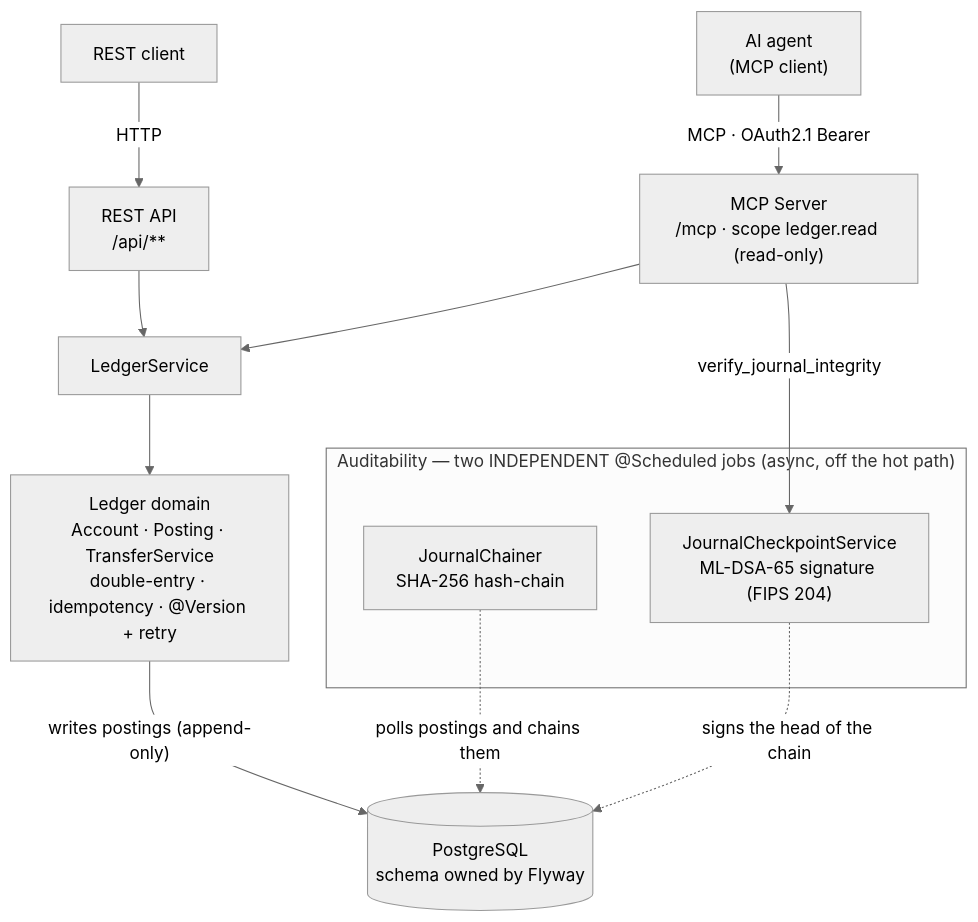
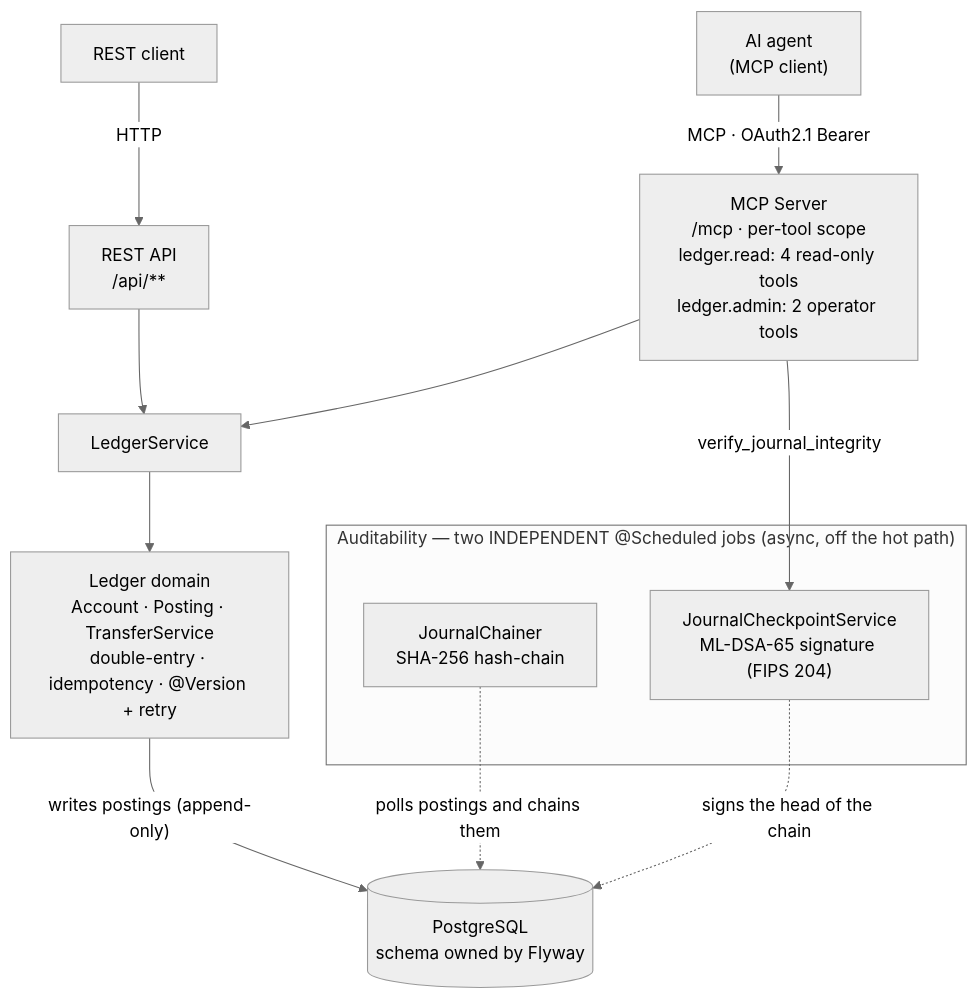
One commit to juanfranpaezz/ledgermind changed the diagram in README.md. Above: the diagram before and after it, drawn with Mermaid (neutral theme). The commit also changed other lines of this file and 2 other files, not shown here.

Commit message:
Post-merge fixes from the fresh-context gate: README /mcp label names both scopes (ledger.read 4 read-only tools, ledger.admin 2 operator tools); empty stored public key now raises IllegalStateException, not NPE; test pinning that an earlier key of the same scheme still verifies; V5 note explains the first sweep (watermark 0, one REPEATABLE READ pass, freezes existing violators)
Gate report: mejora-de-la-AI meta/cache/_verifier-ledgermind-java-public-merge-8d1f8f5-2026-09-24.md (AMEND 84, A1+A2 closed, A3+A4 done). ./mvnw -B -ntp verify on a clean archive + these files: 76 tests, 0 failures.

````diff
--- a/README.md
+++ b/README.md
@@ -60,22 +60,22 @@
 ```mermaid
 flowchart TB
     U["REST client"]
     AG["AI agent<br/>(MCP client)"]
 
     U -->|HTTP| API["REST API<br/>/api/**"]
-    AG -->|"MCP · OAuth2.1 Bearer"| MCP["MCP Server<br/>/mcp · scope ledger.read (read-only)"]
+    AG -->|"MCP · OAuth2.1 Bearer"| MCP["MCP Server<br/>/mcp · per-tool scope<br/>ledger.read: 4 read-only tools<br/>ledger.admin: 2 operator tools"]
 
     API --> SVC["LedgerService"]
     MCP --> SVC
 
     SVC --> DOM["Ledger domain<br/>Account · Posting · TransferService<br/>double-entry · idempotency · @Version + retry"]
     DOM -->|"writes postings (append-only)"| PG[("PostgreSQL<br/>schema owned by Flyway")]
 
     subgraph AUD["Auditability — two INDEPENDENT @Scheduled jobs (async, off the hot path)"]
       CH["JournalChainer<br/>SHA-256 hash-chain"]
       CHK["JournalCheckpointService<br/>ML-DSA-65 signature (FIPS 204)"]
     end
     CH -.->|"polls postings and chains them"| PG
     CHK -.->|"signs the head of the chain"| PG
     MCP -->|"verify_journal_integrity"| CHK
 ```
````
